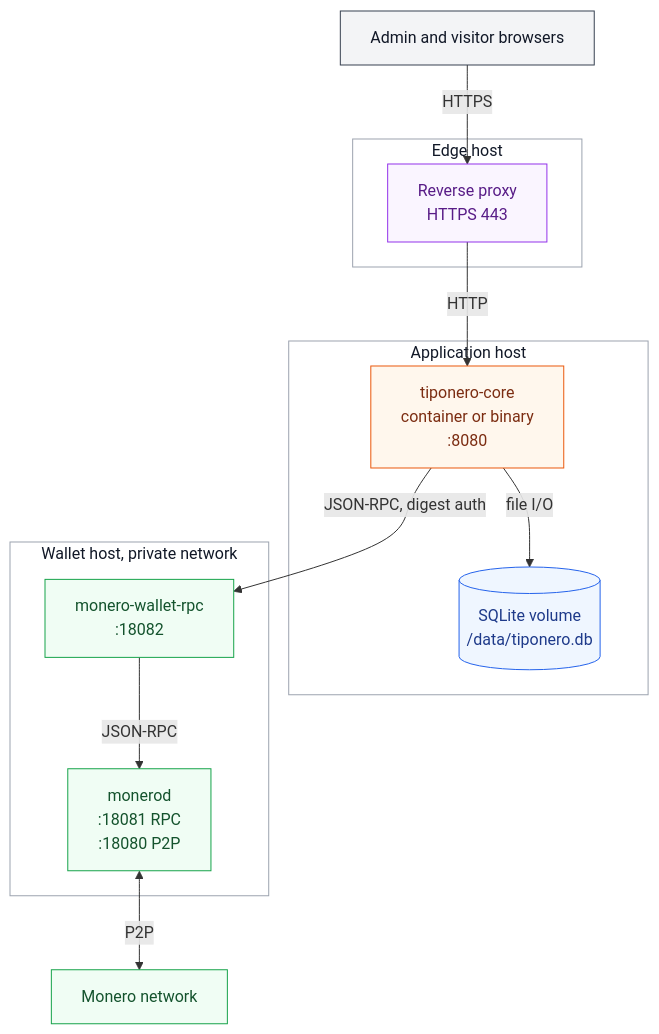
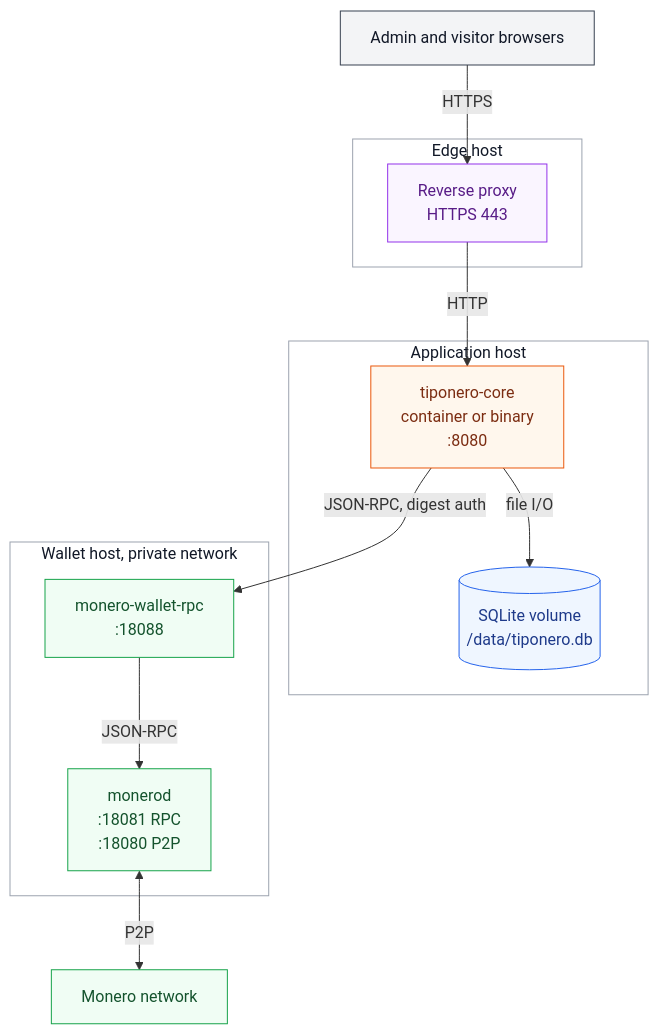
Before and after one commit to tiponero/tiponero-core: the third of 3 diagrams in docs/architecture.md, drawn with Mermaid. The commit also changed other lines of this file and 81 other files, not shown here.

````diff
--- a/docs/architecture.md
+++ b/docs/architecture.md
@@ -183,36 +183,36 @@
 ```mermaid
 flowchart TB
     browsers["Admin and visitor browsers"]:::actor
 
     subgraph edge["Edge host"]
         proxy["Reverse proxy<br/>HTTPS 443"]:::edge
     end
 
     subgraph apphost["Application host"]
         app["tiponero-core<br/>container or binary<br/>:8080"]:::service
         db[("SQLite volume<br/>/data/tiponero.db")]:::data
     end
 
     subgraph wallethost["Wallet host, private network"]
-        wrpc["monero-wallet-rpc<br/>:18082"]:::external
+        wrpc["monero-wallet-rpc<br/>:18088"]:::external
         node["monerod<br/>:18081 RPC<br/>:18080 P2P"]:::external
     end
 
     chain["Monero network"]:::external
 
     browsers -->|HTTPS| proxy
     proxy -->|HTTP| app
     app -->|file I/O| db
     app -->|JSON-RPC, digest auth| wrpc
     wrpc -->|JSON-RPC| node
     node <-->|P2P| chain
 
     style edge fill:#ffffff,stroke:#9ca3af,color:#111827
     style apphost fill:#ffffff,stroke:#9ca3af,color:#111827
     style wallethost fill:#ffffff,stroke:#9ca3af,color:#111827
     classDef actor fill:#f3f4f6,stroke:#374151,color:#111827
     classDef service fill:#fff7ed,stroke:#ea580c,color:#7c2d12
     classDef data fill:#eff6ff,stroke:#2563eb,color:#1e3a8a
     classDef external fill:#f0fdf4,stroke:#16a34a,color:#14532d
     classDef edge fill:#faf5ff,stroke:#9333ea,color:#581c87
 ```
````
